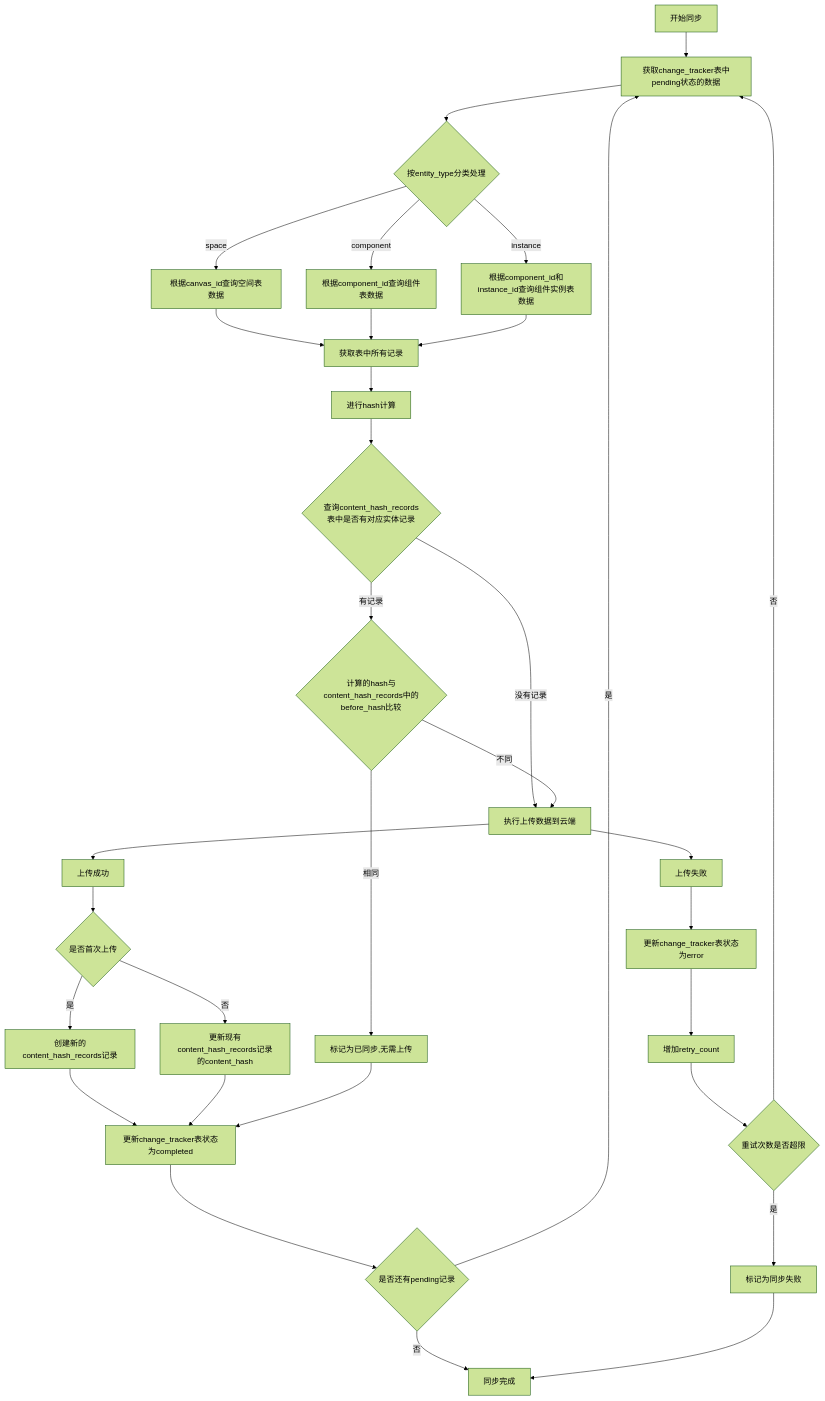
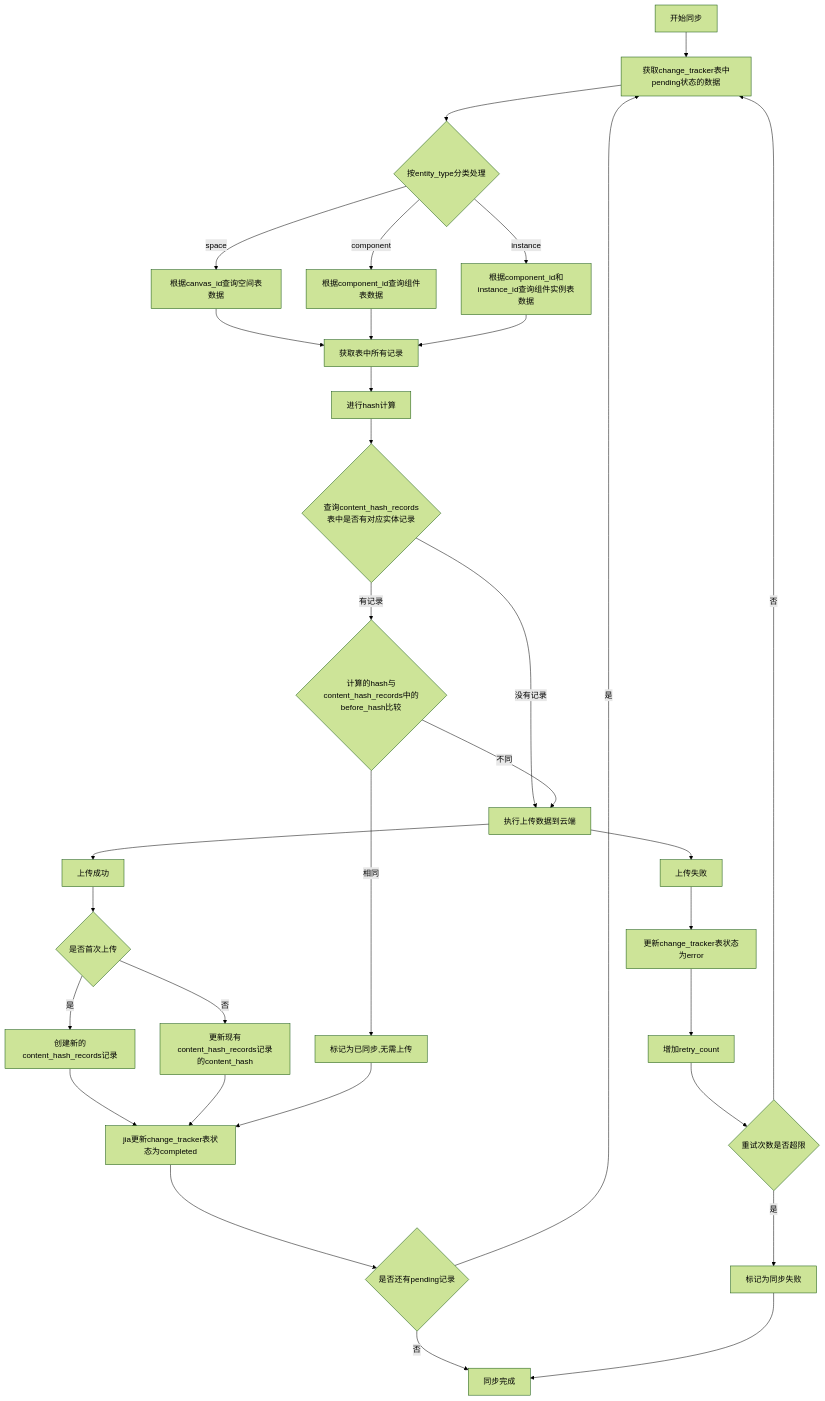
Before and after one commit to yingjianzh/iodraw-files: the diagram in all/未命名-44.md, drawn with Mermaid (forest theme).

Commit message:
2025-04-27 10:29:42 update

````diff
--- a/all/未命名-44.md
+++ b/all/未命名-44.md
@@ -1,47 +1,47 @@
 ```mermaid
 
 flowchart TD
     A[开始同步] --> B[获取change_tracker表中pending状态的数据]
     B --> C{按entity_type分类处理}
     
     C -->|space| D1[根据canvas_id查询空间表数据]
     C -->|component| D2[根据component_id查询组件表数据]
     C -->|instance| D3[根据component_id和instance_id查询组件实例表数据]
     
     D1 --> E1[获取表中所有记录]
     D2 --> E1
     D3 --> E1
     
     E1 --> E2[进行hash计算]
     
     
     E2 --> I1{查询content_hash_records表中是否有对应实体记录}
     I1 -->|没有记录| K[执行上传数据到云端]
     I1 -->|有记录| I2{计算的hash与content_hash_records中的before_hash比较}
     I2 -->|相同| J[标记为已同步,无需上传]
     I2 -->|不同| K
     
     K --> L[上传成功]
     L --> M1{是否首次上传}
     M1 -->|是| M2[创建新的content_hash_records记录]
     M1 -->|否| M3[更新现有content_hash_records记录的content_hash]
     
-    M2 --> N[更新change_tracker表状态为completed]
+    M2 --> N[jia更新change_tracker表状态为completed]
     M3 --> N
     
     J --> N
     
     N --> O{是否还有pending记录}
     O -->|是| B
     O -->|否| P[同步完成]
     
     K --> Q[上传失败]
     Q --> R[更新change_tracker表状态为error]
     R --> S[增加retry_count]
     S --> T{重试次数是否超限}
     T -->|是| U[标记为同步失败]
     T -->|否| B
     
     U --> P
 
 ```
````
